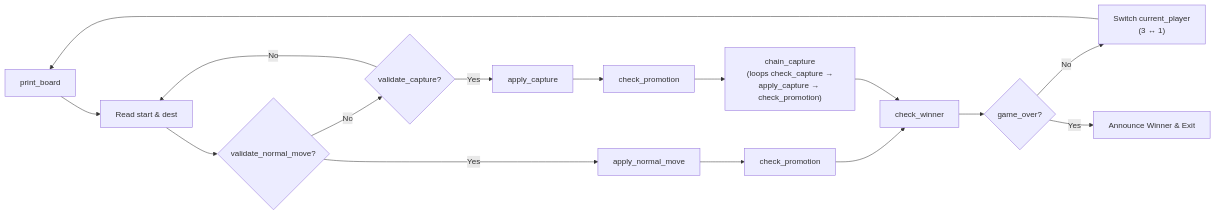
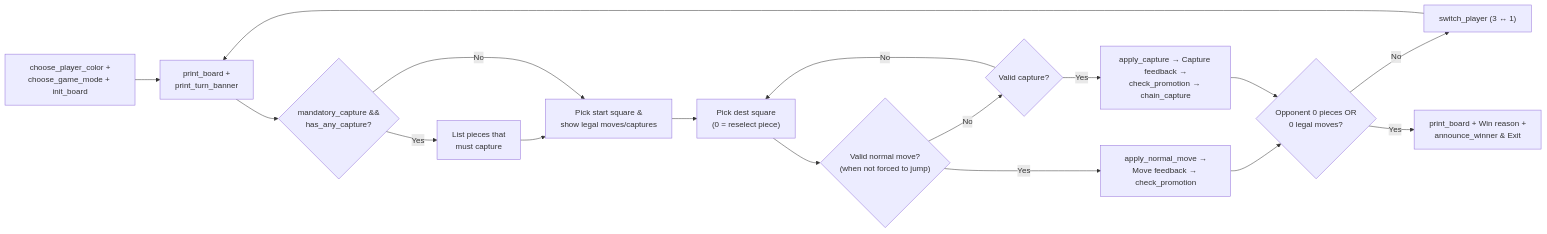
The second of 2 diagrams in PROJECT_WALKTHROUGH.md (nguyentuanduc0806pt-cmyk/Computer-Architectual-Assignment), drawn with Mermaid before and after one commit. The commit also changed other lines of this file and 15 other files, not shown here.

Commit message:
Add board UI, side/mode selection, mandatory capture, move hints, trap-win, tests, and docs

````diff
--- a/PROJECT_WALKTHROUGH.md
+++ b/PROJECT_WALKTHROUGH.md
@@ -120,12 +123,15 @@
 ```mermaid
 flowchart LR
-    A["print_board"] --> B["Read start & dest"]
-    B --> C{"validate_normal_move?"}
-    C -- Yes --> D["apply_normal_move"] --> E["check_promotion"] --> J["check_winner"]
-    C -- No --> F{"validate_capture?"}
-    F -- No --> B
-    F -- Yes --> G["apply_capture"] --> H["check_promotion"] --> I["chain_capture<br/>(loops check_capture →<br/>apply_capture → check_promotion)"] --> J
-    J --> K{"game_over?"}
-    K -- No --> L["Switch current_player<br/>(3 ↔ 1)"] --> A
-    K -- Yes --> M["Announce Winner & Exit"]
+    S["choose_player_color +<br/>choose_game_mode + init_board"] --> A["print_board +<br/>print_turn_banner"]
+    A --> MC{"mandatory_capture &&<br/>has_any_capture?"}
+    MC -- Yes --> ML["List pieces that<br/>must capture"] --> B["Pick start square &<br/>show legal moves/captures"]
+    MC -- No --> B
+    B --> D["Pick dest square<br/>(0 = reselect piece)"]
+    D --> C{"Valid normal move?<br/>(when not forced to jump)"}
+    C -- Yes --> NM["apply_normal_move →<br/>Move feedback → check_promotion"] --> W{"Opponent 0 pieces OR<br/>0 legal moves?"}
+    C -- No --> F{"Valid capture?"}
+    F -- No --> D
+    F -- Yes --> CP["apply_capture → Capture feedback →<br/>check_promotion → chain_capture"] --> W
+    W -- No --> SW["switch_player (3 ↔ 1)"] --> A
+    W -- Yes --> END["print_board + Win reason +<br/>announce_winner & Exit"]
 ```
````
